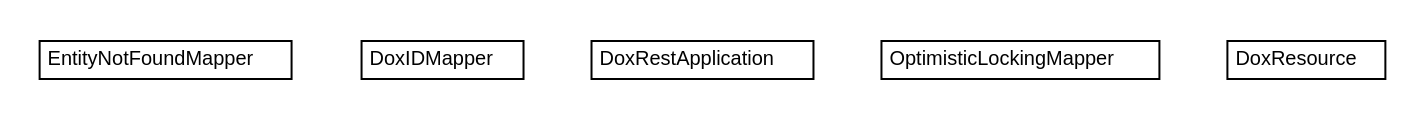
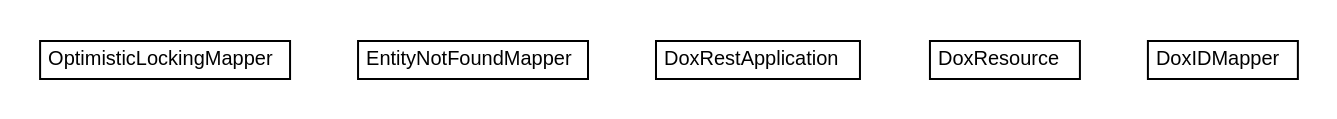
Before and after one commit to trajano/doxdb: the diagram in doxdb-rest/apidocs/net/trajano/doxdb/rest/net.trajano.doxdb.rest.dot, drawn with Graphviz. The commit also changed 214 other files, not shown here.

```diff
--- a/doxdb-rest/apidocs/net/trajano/doxdb/rest/net.trajano.doxdb.rest.dot
+++ b/doxdb-rest/apidocs/net/trajano/doxdb/rest/net.trajano.doxdb.rest.dot
@@ -1,42 +1,42 @@
 #!/usr/local/bin/dot
 #
 # Class diagram 
 # Generated by UMLGraph version R5_6-24-gf6e263 (http://www.umlgraph.org/)
 #
 
 digraph G {
-	edge [fontname="Helvetica",fontsize=10,labelfontname="Helvetica",labelfontsize=10];
-	node [fontname="Helvetica",fontsize=10,shape=plaintext];
+	edge [fontname="arial",fontsize=10,labelfontname="arial",labelfontsize=10];
+	node [fontname="arial",fontsize=10,shape=plaintext];
 	nodesep=0.25;
 	ranksep=0.5;
+	// net.trajano.doxdb.rest.OptimisticLockingMapper
+	c35 [label=<<table title="net.trajano.doxdb.rest.OptimisticLockingMapper" border="0" cellborder="1" cellspacing="0" cellpadding="2" port="p" href="./OptimisticLockingMapper.html">
+		<tr><td><table border="0" cellspacing="0" cellpadding="1">
+<tr><td align="center" balign="center"> OptimisticLockingMapper </td></tr>
+		</table></td></tr>
+		</table>>, URL="./OptimisticLockingMapper.html", fontname="arial", fontcolor="black", fontsize=10.0];
 	// net.trajano.doxdb.rest.EntityNotFoundMapper
-	c31 [label=<<table title="net.trajano.doxdb.rest.EntityNotFoundMapper" border="0" cellborder="1" cellspacing="0" cellpadding="2" port="p" href="./EntityNotFoundMapper.html">
+	c36 [label=<<table title="net.trajano.doxdb.rest.EntityNotFoundMapper" border="0" cellborder="1" cellspacing="0" cellpadding="2" port="p" href="./EntityNotFoundMapper.html">
 		<tr><td><table border="0" cellspacing="0" cellpadding="1">
 <tr><td align="center" balign="center"> EntityNotFoundMapper </td></tr>
 		</table></td></tr>
-		</table>>, URL="./EntityNotFoundMapper.html", fontname="Helvetica", fontcolor="black", fontsize=10.0];
+		</table>>, URL="./EntityNotFoundMapper.html", fontname="arial", fontcolor="black", fontsize=10.0];
+	// net.trajano.doxdb.rest.DoxRestApplication
+	c37 [label=<<table title="net.trajano.doxdb.rest.DoxRestApplication" border="0" cellborder="1" cellspacing="0" cellpadding="2" port="p" href="./DoxRestApplication.html">
+		<tr><td><table border="0" cellspacing="0" cellpadding="1">
+<tr><td align="center" balign="center"> DoxRestApplication </td></tr>
+		</table></td></tr>
+		</table>>, URL="./DoxRestApplication.html", fontname="arial", fontcolor="black", fontsize=10.0];
+	// net.trajano.doxdb.rest.DoxResource
+	c38 [label=<<table title="net.trajano.doxdb.rest.DoxResource" border="0" cellborder="1" cellspacing="0" cellpadding="2" port="p" href="./DoxResource.html">
+		<tr><td><table border="0" cellspacing="0" cellpadding="1">
+<tr><td align="center" balign="center"> DoxResource </td></tr>
+		</table></td></tr>
+		</table>>, URL="./DoxResource.html", fontname="arial", fontcolor="black", fontsize=10.0];
 	// net.trajano.doxdb.rest.DoxIDMapper
-	c32 [label=<<table title="net.trajano.doxdb.rest.DoxIDMapper" border="0" cellborder="1" cellspacing="0" cellpadding="2" port="p" href="./DoxIDMapper.html">
+	c39 [label=<<table title="net.trajano.doxdb.rest.DoxIDMapper" border="0" cellborder="1" cellspacing="0" cellpadding="2" port="p" href="./DoxIDMapper.html">
 		<tr><td><table border="0" cellspacing="0" cellpadding="1">
 <tr><td align="center" balign="center"> DoxIDMapper </td></tr>
 		</table></td></tr>
-		</table>>, URL="./DoxIDMapper.html", fontname="Helvetica", fontcolor="black", fontsize=10.0];
-	// net.trajano.doxdb.rest.DoxRestApplication
-	c33 [label=<<table title="net.trajano.doxdb.rest.DoxRestApplication" border="0" cellborder="1" cellspacing="0" cellpadding="2" port="p" href="./DoxRestApplication.html">
-		<tr><td><table border="0" cellspacing="0" cellpadding="1">
-<tr><td align="center" balign="center"> DoxRestApplication </td></tr>
-		</table></td></tr>
-		</table>>, URL="./DoxRestApplication.html", fontname="Helvetica", fontcolor="black", fontsize=10.0];
-	// net.trajano.doxdb.rest.OptimisticLockingMapper
-	c34 [label=<<table title="net.trajano.doxdb.rest.OptimisticLockingMapper" border="0" cellborder="1" cellspacing="0" cellpadding="2" port="p" href="./OptimisticLockingMapper.html">
-		<tr><td><table border="0" cellspacing="0" cellpadding="1">
-<tr><td align="center" balign="center"> OptimisticLockingMapper </td></tr>
-		</table></td></tr>
-		</table>>, URL="./OptimisticLockingMapper.html", fontname="Helvetica", fontcolor="black", fontsize=10.0];
-	// net.trajano.doxdb.rest.DoxResource
-	c35 [label=<<table title="net.trajano.doxdb.rest.DoxResource" border="0" cellborder="1" cellspacing="0" cellpadding="2" port="p" href="./DoxResource.html">
-		<tr><td><table border="0" cellspacing="0" cellpadding="1">
-<tr><td align="center" balign="center"> DoxResource </td></tr>
-		</table></td></tr>
-		</table>>, URL="./DoxResource.html", fontname="Helvetica", fontcolor="black", fontsize=10.0];
+		</table>>, URL="./DoxIDMapper.html", fontname="arial", fontcolor="black", fontsize=10.0];
 }
```
